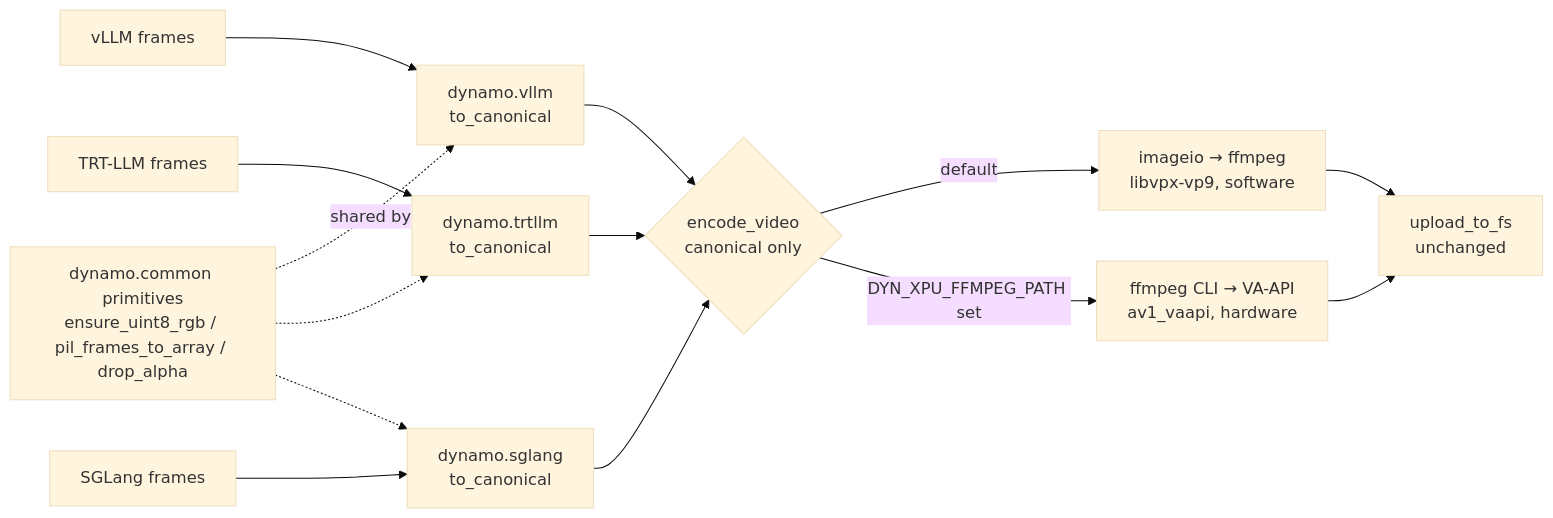
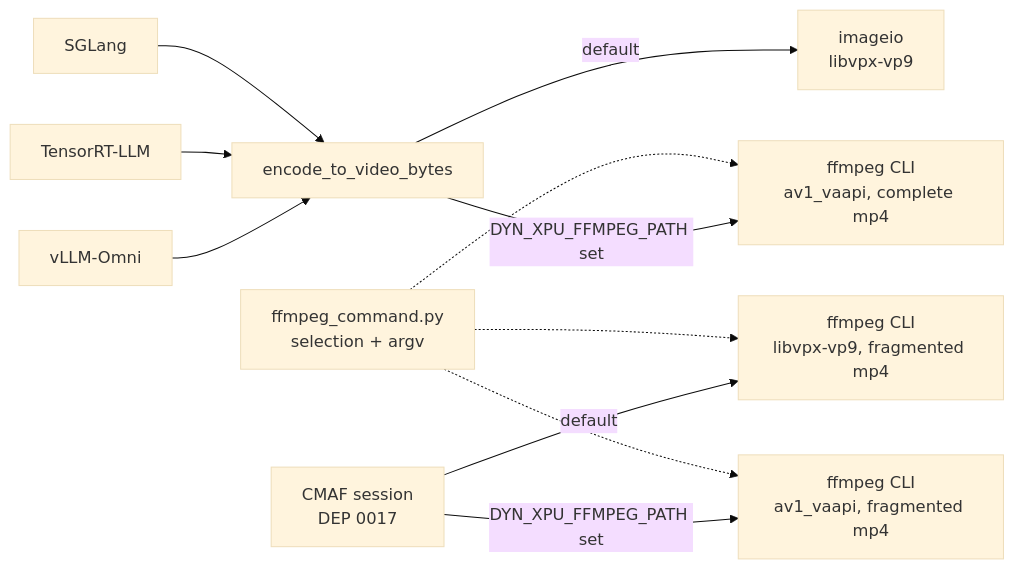
Before and after one commit to splotnikv/enhancements: the diagram in deps/0016-unified-video-encoder.md, drawn with Mermaid (base theme). The commit also changed other lines of this file, not shown here.

Commit message:
move HW video encoder to dedicated PR

````diff
--- a/deps/0016-unified-video-encoder.md
+++ b/deps/0016-unified-video-encoder.md
@@ -85,20 +91,15 @@
 ```mermaid
 graph LR
-    V[vLLM frames] --> Cv[dynamo.vllm<br/>to_canonical]
-    T[TRT-LLM frames] --> Ct[dynamo.trtllm<br/>to_canonical]
-    S[SGLang frames] --> Cs[dynamo.sglang<br/>to_canonical]
+    V[vLLM-Omni] --> B[encode_to_video_bytes]
+    T[TensorRT-LLM] --> B
+    S[SGLang] --> B
+    B -->|default| SW1[imageio<br/>libvpx-vp9]
+    B -->|DYN_XPU_FFMPEG_PATH set| HW1[ffmpeg CLI<br/>av1_vaapi, complete mp4]
 
-    P[dynamo.common primitives<br/>ensure_uint8_rgb / pil_frames_to_array / drop_alpha] -.shared by.-> Cv
-    P -.-> Ct
-    P -.-> Cs
+    C[CMAF session<br/>DEP 0017] -->|default| SW2[ffmpeg CLI<br/>libvpx-vp9, fragmented mp4]
+    C -->|DYN_XPU_FFMPEG_PATH set| HW2[ffmpeg CLI<br/>av1_vaapi, fragmented mp4]
 
-    Cv --> U{encode_video<br/>canonical only}
-    Ct --> U
-    Cs --> U
-
-    U -->|default| SW[imageio → ffmpeg<br/>libvpx-vp9, software]
-    U -->|DYN_XPU_FFMPEG_PATH set| HW[ffmpeg CLI → VA-API<br/>av1_vaapi, hardware]
-
-    SW --> W[upload_to_fs<br/>unchanged]
-    HW --> W
+    K[ffmpeg_command.py<br/>selection + argv] -.-> HW1
+    K -.-> SW2
+    K -.-> HW2
 ```
````
